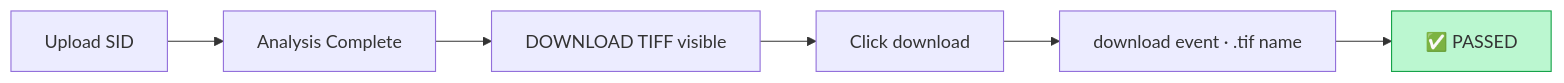
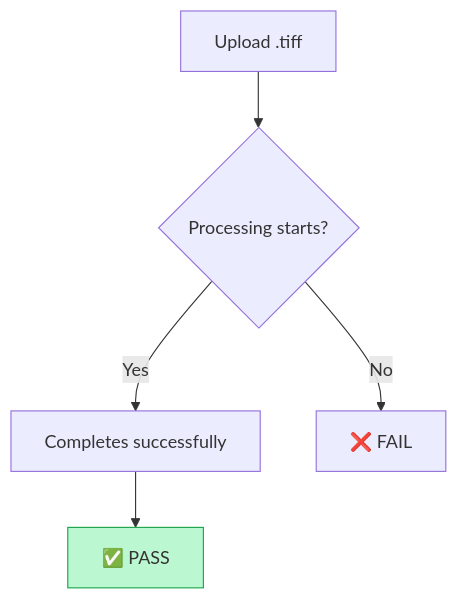
Before and after one commit to GeoWGS84-Testing/Mrsid-Extension: diagram 12 of 44 in README.md, drawn with Mermaid. The commit also changed other lines of this file, not shown here.

````diff
--- a/README.md
+++ b/README.md
@@ -338,10 +415,9 @@
 ```mermaid
-flowchart LR
-  A[Upload SID] --> B[Analysis Complete]
-  B --> C[DOWNLOAD TIFF visible]
-  C --> D[Click download]
-  D --> E[download event · .tif name]
-  E --> F[✅ PASSED]
+flowchart TD
+  A[Upload .tiff] --> B{Processing starts?}
+  B -->|Yes| C[Completes successfully]
+  C --> P[✅ PASS]
+  B -->|No| X[❌ FAIL]
 
-  style F fill:#bbf7d0,stroke:#16a34a
+  style P fill:#bbf7d0,stroke:#16a34a
 ```
````
